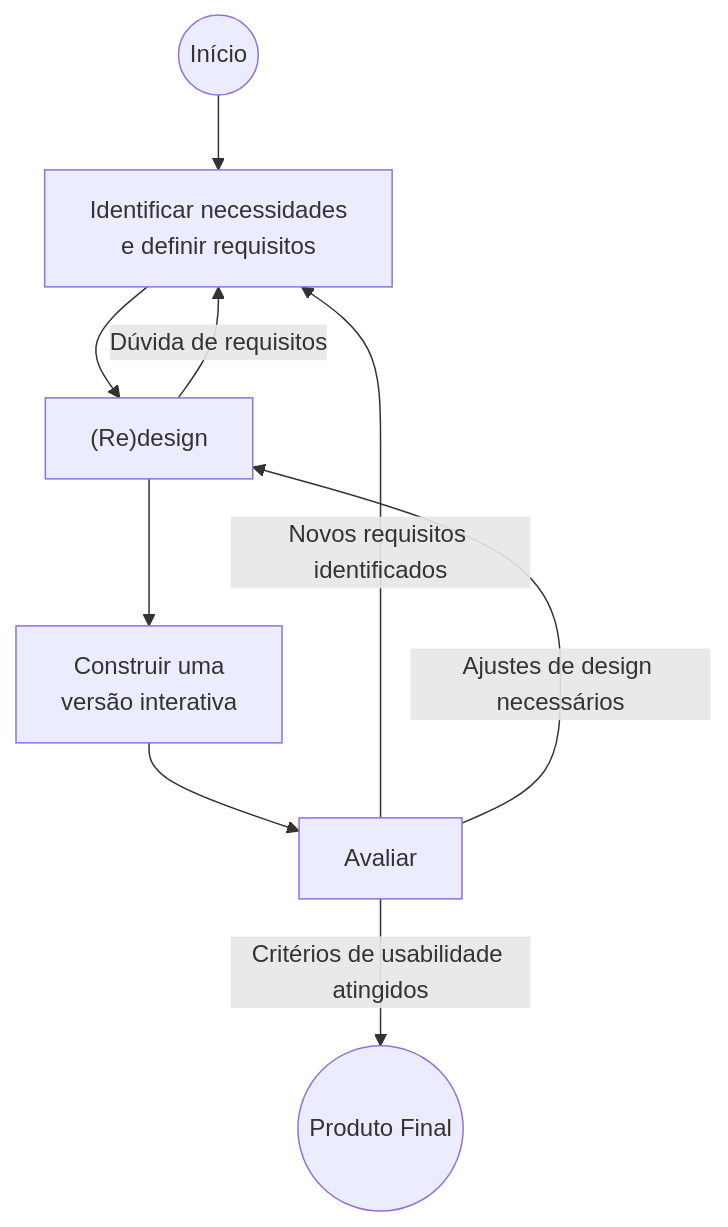
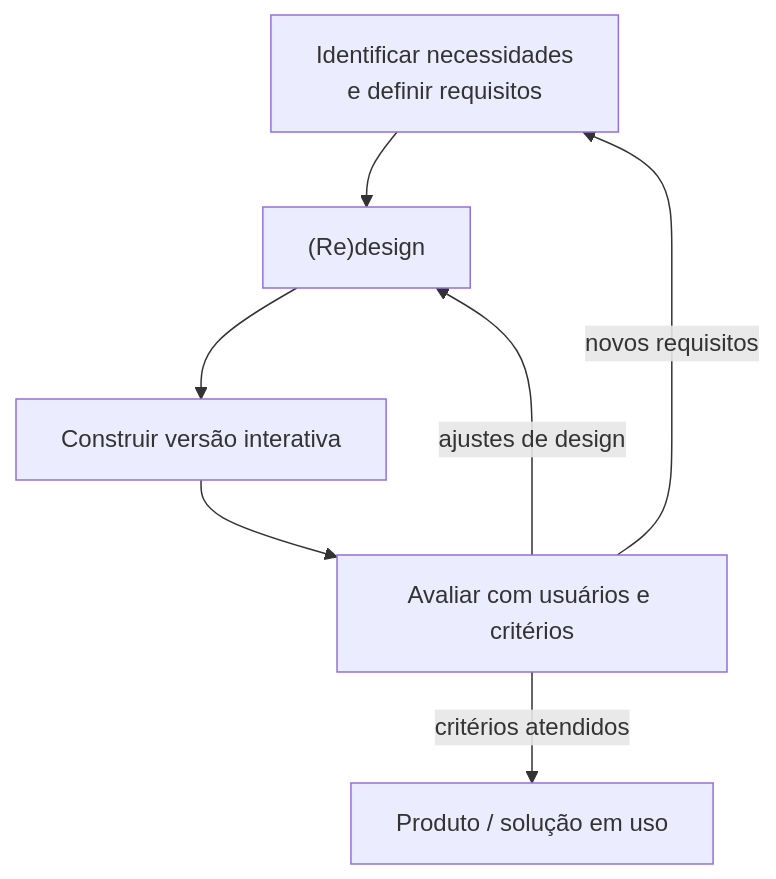
Before and after one commit to leorruas/puc: the diagram in 08. Design de Interacao/10. Envolvimento do usuário no design - projetar de modo independente, centrado ou participativo.md, drawn with Mermaid. The commit also changed other lines of this file, not shown here.

Commit message:
Normaliza visualizações de envolvimento do usuário

````diff
--- a/08. Design de Interacao/10. Envolvimento do usuário no design - projetar de modo independente, centrado ou participativo.md
+++ b/08. Design de Interacao/10. Envolvimento do usuário no design - projetar de modo independente, centrado ou participativo.md
@@ -99,13 +91,15 @@
 ```mermaid
 flowchart TD
-    Start(("Início")) --> A["Identificar necessidades<br>e definir requisitos"]
-    A --> B["(Re)design"]
-    B --> C["Construir uma<br>versão interativa"]
-    C --> D["Avaliar"]
-    
-    D -->|Novos requisitos identificados| A
-    D -->|Ajustes de design necessários| B
-    B -->|Dúvida de requisitos| A
-    
-    D -->|Critérios de usabilidade atingidos| End(("Produto Final"))
+    Necessidades["Identificar necessidades<br>e definir requisitos"]:::external
+    Design["(Re)design"]:::core
+    Prototipo["Construir versão interativa"]:::component
+    Avaliar["Avaliar com usuários e critérios"]:::data
+    Produto["Produto / solução em uso"]:::component
+
+    Necessidades --> Design
+    Design --> Prototipo
+    Prototipo --> Avaliar
+    Avaliar -->|"novos requisitos"| Necessidades
+    Avaliar -->|"ajustes de design"| Design
+    Avaliar -->|"critérios atendidos"| Produto
 ```
````
